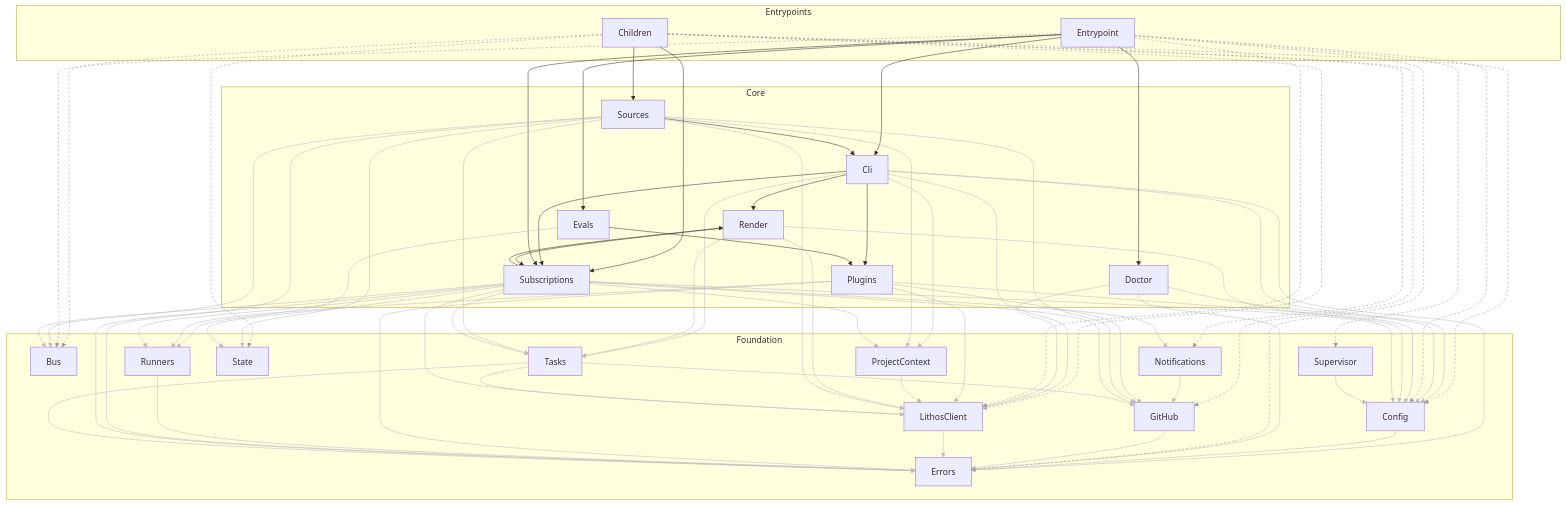
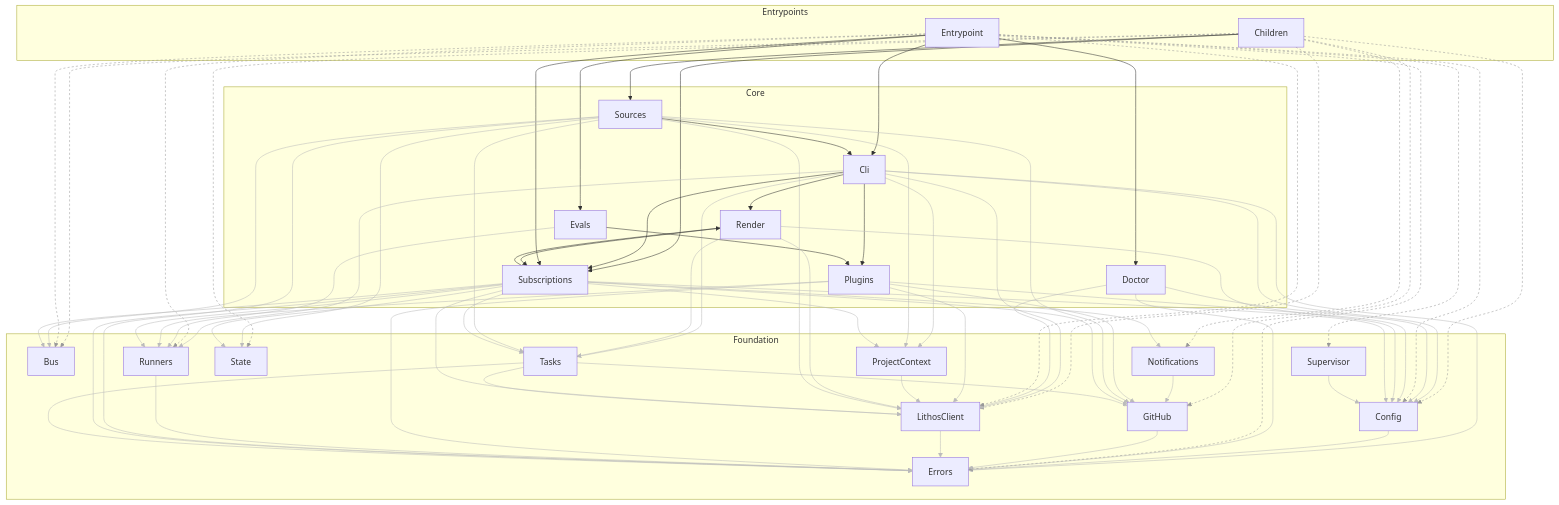
The diagram in docs/generated/architecture.md (agent-lore/lithos-loom), drawn with Mermaid before and after one commit. The commit also changed 32 other files, not shown here.

````diff
--- a/docs/generated/architecture.md
+++ b/docs/generated/architecture.md
@@ -65,6 +65,7 @@
   Cli --> Plugins
   Cli --> ProjectContext
   Cli --> Render
+  Cli --> Runners
   Cli --> Subscriptions
   Cli --> Tasks
   Config --> Errors
@@ -78,6 +79,7 @@
   Entrypoint --> Errors
   Entrypoint --> Evals
   Entrypoint --> LithosClient
+  Entrypoint --> Runners
   Entrypoint --> Subscriptions
   Entrypoint --> Supervisor
   Evals --> Plugins
@@ -129,18 +131,18 @@
   linkStyle 9 stroke:#bbb
   linkStyle 10 stroke:#bbb
   linkStyle 12 stroke:#bbb
-  linkStyle 15 stroke:#bbb
+  linkStyle 14 stroke:#bbb
   linkStyle 16 stroke:#bbb
   linkStyle 17 stroke:#bbb
   linkStyle 18 stroke:#bbb
   linkStyle 19 stroke:#bbb
-  linkStyle 20 stroke:#999,stroke-dasharray:4
-  linkStyle 22 stroke:#999,stroke-dasharray:4
-  linkStyle 24 stroke:#999,stroke-dasharray:4
-  linkStyle 26 stroke:#999,stroke-dasharray:4
+  linkStyle 20 stroke:#bbb
+  linkStyle 21 stroke:#999,stroke-dasharray:4
+  linkStyle 23 stroke:#999,stroke-dasharray:4
+  linkStyle 25 stroke:#999,stroke-dasharray:4
+  linkStyle 27 stroke:#999,stroke-dasharray:4
   linkStyle 28 stroke:#999,stroke-dasharray:4
-  linkStyle 30 stroke:#bbb
-  linkStyle 31 stroke:#bbb
+  linkStyle 30 stroke:#999,stroke-dasharray:4
   linkStyle 32 stroke:#bbb
   linkStyle 33 stroke:#bbb
   linkStyle 34 stroke:#bbb
@@ -151,11 +153,11 @@
   linkStyle 39 stroke:#bbb
   linkStyle 40 stroke:#bbb
   linkStyle 41 stroke:#bbb
+  linkStyle 42 stroke:#bbb
   linkStyle 43 stroke:#bbb
-  linkStyle 44 stroke:#bbb
   linkStyle 45 stroke:#bbb
+  linkStyle 46 stroke:#bbb
   linkStyle 47 stroke:#bbb
-  linkStyle 48 stroke:#bbb
   linkStyle 49 stroke:#bbb
   linkStyle 50 stroke:#bbb
   linkStyle 51 stroke:#bbb
@@ -167,11 +169,13 @@
   linkStyle 57 stroke:#bbb
   linkStyle 58 stroke:#bbb
   linkStyle 59 stroke:#bbb
+  linkStyle 60 stroke:#bbb
   linkStyle 61 stroke:#bbb
-  linkStyle 62 stroke:#bbb
   linkStyle 63 stroke:#bbb
   linkStyle 64 stroke:#bbb
   linkStyle 65 stroke:#bbb
   linkStyle 66 stroke:#bbb
   linkStyle 67 stroke:#bbb
+  linkStyle 68 stroke:#bbb
+  linkStyle 69 stroke:#bbb
 ```
````
